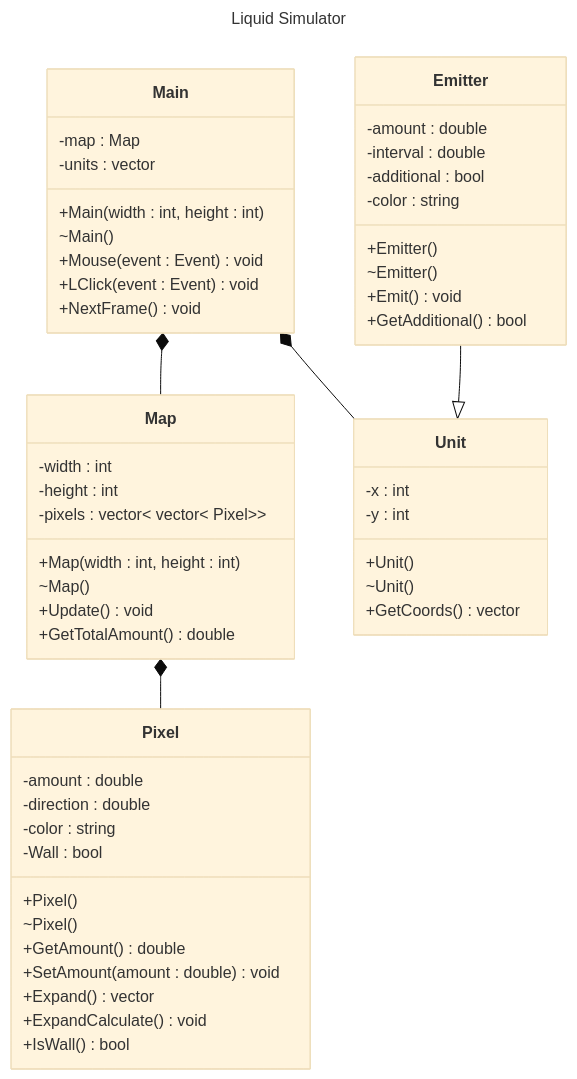
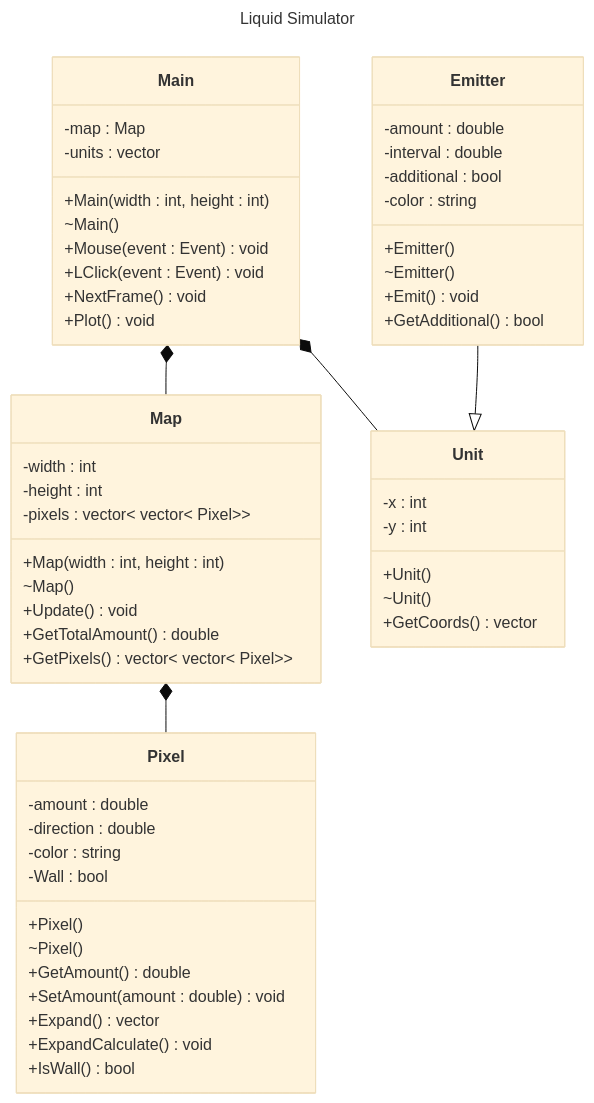
The diagram in README.md (LogicLoic/Liquid-Simulator), drawn with Mermaid (base theme) before and after one commit. The commit also changed other lines of this file and 3 other files, not shown here.

First line of the commit message:
Update diagram

````diff
--- a/README.md
+++ b/README.md
@@ -3,69 +3,71 @@
 ```mermaid
 ---
 title: Liquid Simulator
 ---
 classDiagram
     class Main{
         -map : Map
         -units : vector<Unit>
 
         +Main(width : int, height : int)
         ~Main()
         +Mouse(event : Event) void
         +LClick(event : Event) void
         +NextFrame() void
+        +Plot() void
     }
 
     class Map{
         -width : int
         -height : int
         -pixels : vector< vector< Pixel>>
         
         +Map(width : int, height : int)
         ~Map()
         +Update() void
         +GetTotalAmount() double
+        +GetPixels() vector< vector< Pixel>>
     }
 
     class Pixel{
         -amount : double
         -direction : double
         -color : string
         -Wall : bool
 
         +Pixel()
         ~Pixel()
         +GetAmount() double
         +SetAmount(amount : double) void
         +Expand() vector<double>
         +ExpandCalculate() void
         +IsWall() bool
     }
 
     class Unit{
         -x : int
         -y : int
 
         +Unit()
         ~Unit()
         +GetCoords() vector<int>
     }
 
     class Emitter{
         -amount : double
         -interval : double
         -additional : bool
         -color : string
 
         +Emitter()
         ~Emitter()
         +Emit() void
         +GetAdditional() bool
     }
 
     Main *-- Map
     Main *-- Unit
     Map *-- Pixel
     Emitter --|> Unit
 
 ```
````
